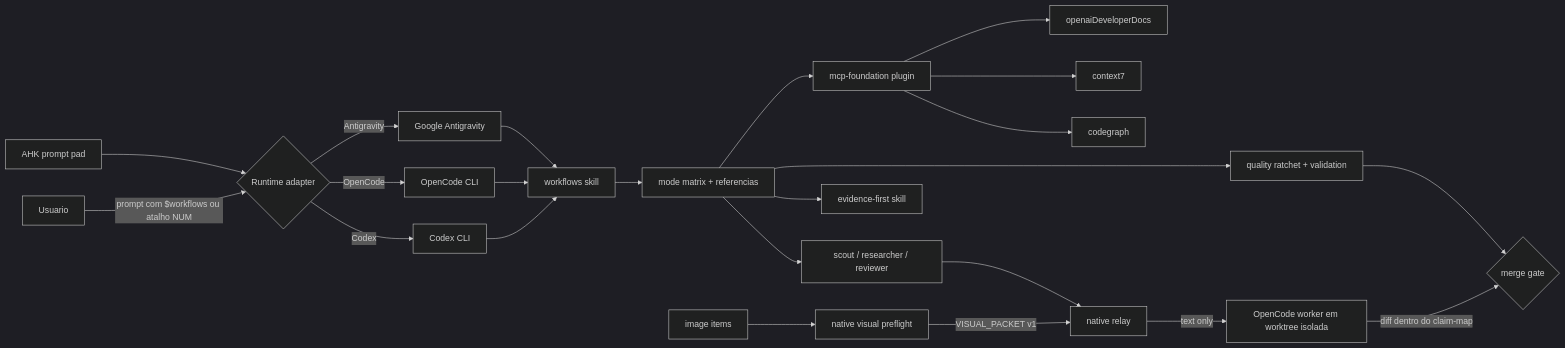
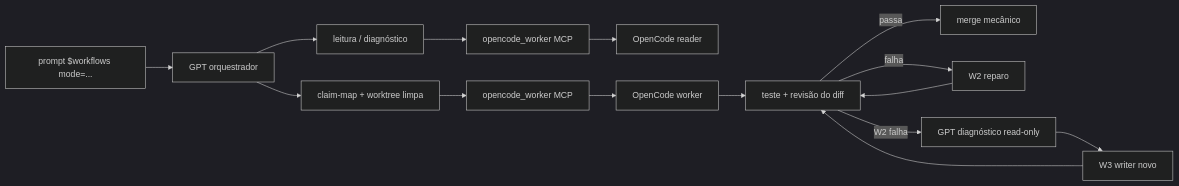
One commit to CheekyCodexConjurer/codex-workflows-kit changed the diagram in docs/architecture.md. Above: the diagram before and after it, drawn with Mermaid (dark theme). The commit also changed other lines of this file and 21 other files, not shown here.

First line of the commit message:
refactor(workflows): simplify OpenCode writer routing

````diff
--- a/docs/architecture.md
+++ b/docs/architecture.md
@@ -134,25 +24,17 @@
 ```mermaid
 flowchart LR
-    USER["Usuario"] -->|"prompt com $workflows ou atalho NUM"| RUNTIME{"Runtime adapter"}
-    AHK["AHK prompt pad"] --> RUNTIME
-    RUNTIME -->|Codex| CODEX["Codex CLI"]
-    RUNTIME -->|OpenCode| OPC["OpenCode CLI"]
-    RUNTIME -->|Antigravity| ANT["Google Antigravity"]
-    CODEX --> SKILL["workflows skill"]
-    OPC --> SKILL
-    ANT --> SKILL
-    SKILL --> MM["mode matrix + referencias"]
-    MM --> SUB["scout / researcher / reviewer"]
-    SUB --> RELAY["native relay"]
-    IMG["image items"] --> VISION["native visual preflight"]
-    VISION -->|"VISUAL_PACKET v1"| RELAY
-    RELAY -->|"text only"| WORKER["OpenCode worker em worktree isolada"]
-    MM --> EF["evidence-first skill"]
-    MM --> RATCHET["quality ratchet + validation"]
-    MM --> MCP["mcp-foundation plugin"]
-    MCP --> CG["codegraph"]
-    MCP --> C7["context7"]
-    MCP --> OD["openaiDeveloperDocs"]
-    WORKER -->|"diff dentro do claim-map"| GATE{"merge gate"}
-    RATCHET --> GATE
+    USER["prompt $workflows mode=..."] --> GPT["GPT orquestrador"]
+    GPT --> READ["leitura / diagnóstico"]
+    READ --> MCP["opencode_worker MCP"]
+    MCP --> READER["OpenCode reader"]
+    GPT --> PREFLIGHT["claim-map + worktree limpa"]
+    PREFLIGHT --> MCPW["opencode_worker MCP"]
+    MCPW --> WRITER["OpenCode worker"]
+    WRITER --> VERIFY["teste + revisão do diff"]
+    VERIFY -->|passa| MERGE["merge mecânico"]
+    VERIFY -->|falha| REPAIR["W2 reparo"]
+    REPAIR --> VERIFY
+    VERIFY -->|W2 falha| DIAG["GPT diagnóstico read-only"]
+    DIAG --> W3["W3 writer novo"]
+    W3 --> VERIFY
 ```
````
